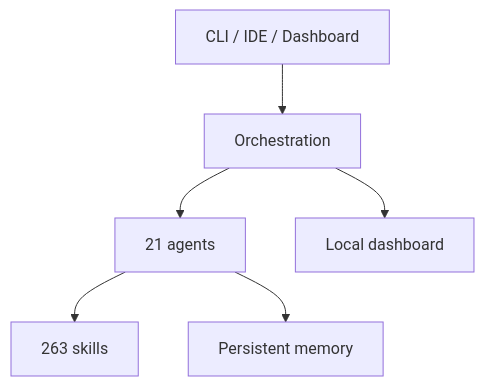
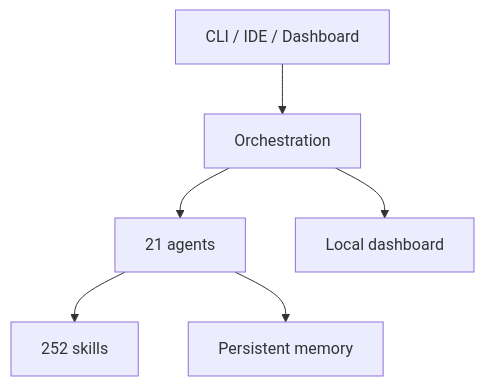
The second of 2 diagrams in README.md (EmmanuelOrtiz87/gentle-vanguard-public), drawn with Mermaid before and after one commit. The commit also changed other lines of this file and 218 other files, not shown here.

````diff
--- a/README.md
+++ b/README.md
@@ -85,8 +97,8 @@
 ```mermaid
 flowchart TB
   T[CLI / IDE / Dashboard] --> O[Orchestration]
   O --> A[21 agents]
-  A --> K[263 skills]
+  A --> K[252 skills]
   A --> E[Persistent memory]
   O --> D[Local dashboard]
 ```
````
